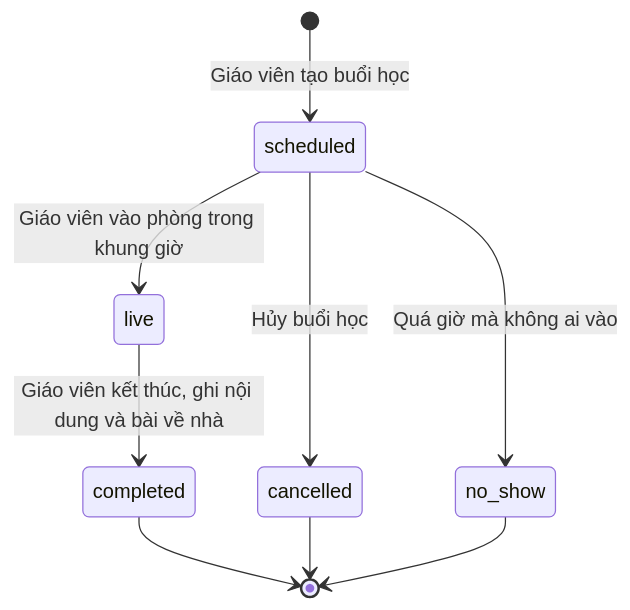
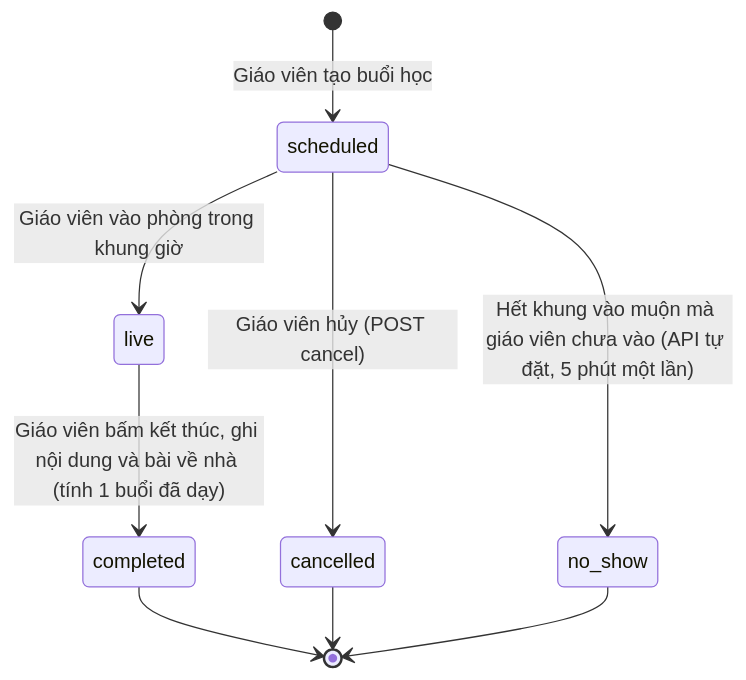
Before and after one commit to TrungTuyenDo02/Web_teaching_online: the tenth of 15 diagrams in docs/flows.md, drawn with Mermaid. The commit also changed other lines of this file and 193 other files, not shown here.

````diff
--- a/docs/flows.md
+++ b/docs/flows.md
@@ -123,11 +270,11 @@
 ```mermaid
 stateDiagram-v2
   [*] --> scheduled: Giáo viên tạo buổi học
   scheduled --> live: Giáo viên vào phòng trong khung giờ
-  scheduled --> cancelled: Hủy buổi học
-  scheduled --> no_show: Quá giờ mà không ai vào
-  live --> completed: Giáo viên kết thúc, ghi nội dung và bài về nhà
+  scheduled --> cancelled: Giáo viên hủy (POST cancel)
+  scheduled --> no_show: Hết khung vào muộn mà giáo viên chưa vào (API tự đặt, 5 phút một lần)
+  live --> completed: Giáo viên bấm kết thúc, ghi nội dung và bài về nhà (tính 1 buổi đã dạy)
   completed --> [*]
   cancelled --> [*]
   no_show --> [*]
 ```
````
